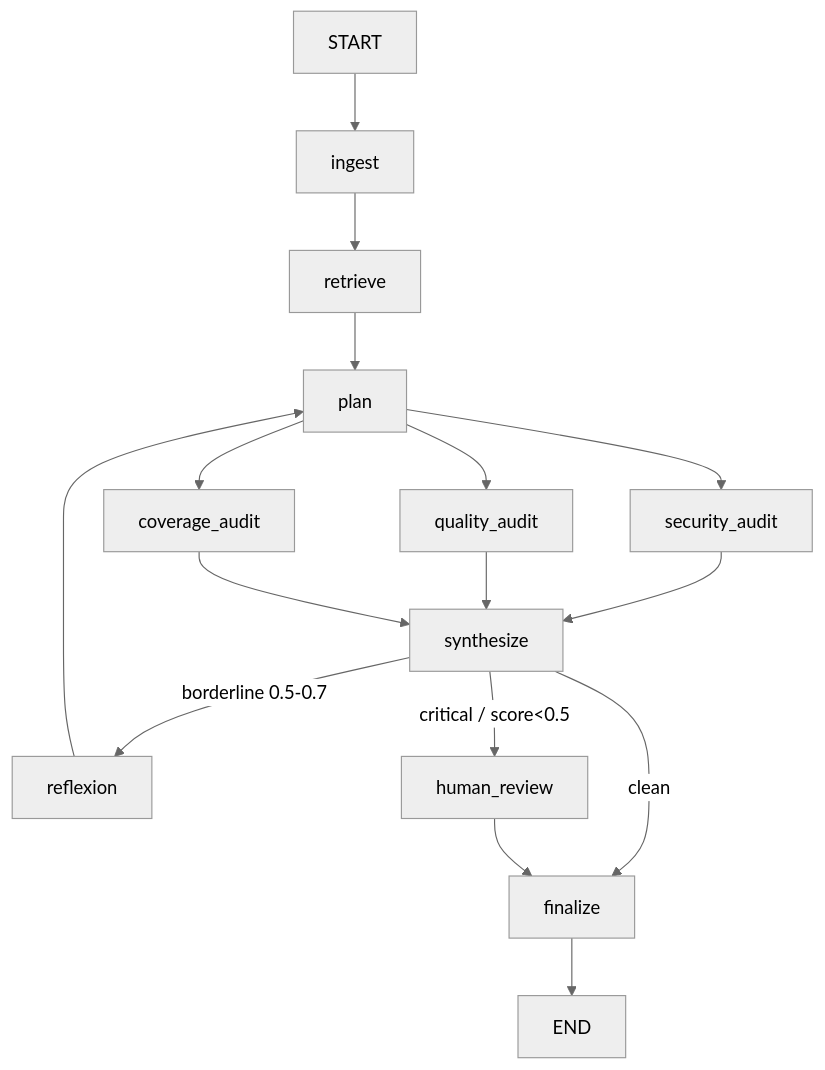
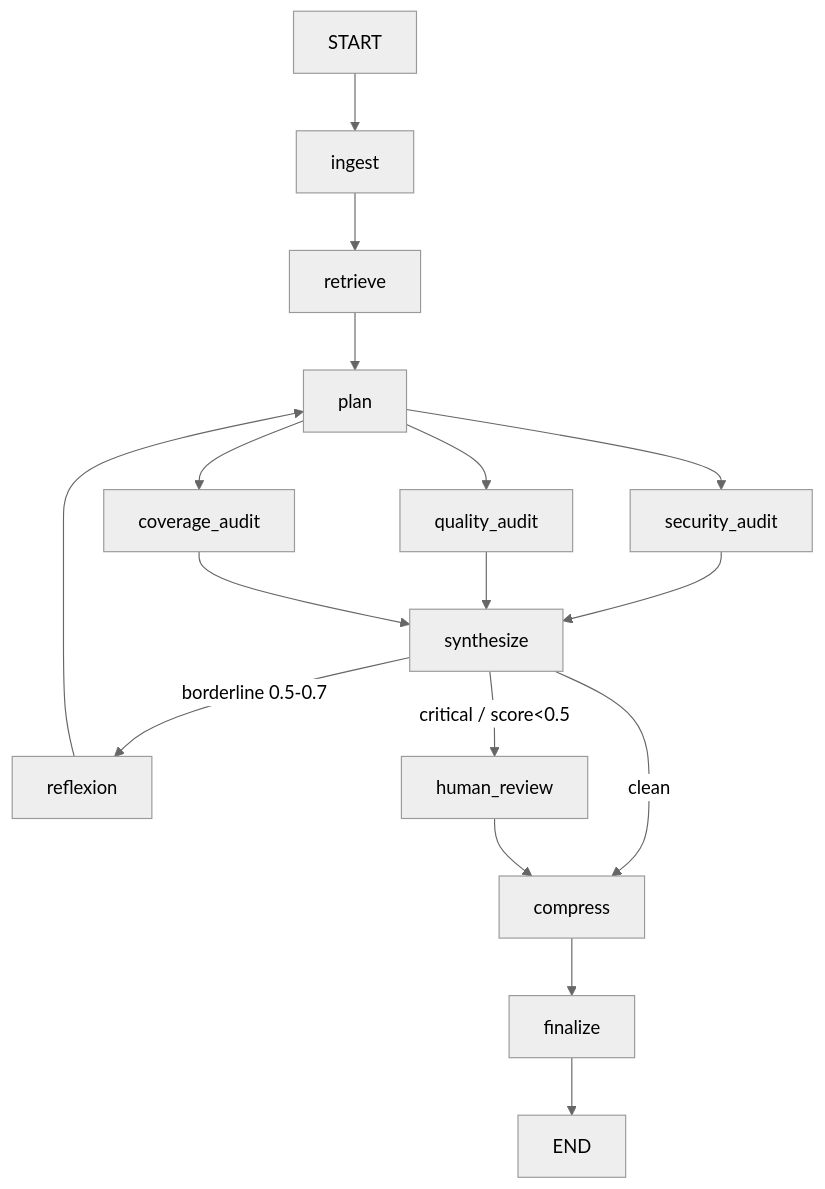
One commit to vivianjeet/langgraph-pr-audit-agent changed the diagram in README.md. Above: the diagram before and after it, drawn with Mermaid (neutral theme). The commit also changed other lines of this file and 13 other files, not shown here.

First line of the commit message:
feat: in-graph compression node + --large pre-merge gate with CI

````diff
--- a/README.md
+++ b/README.md
@@ -24,18 +24,19 @@
 ```mermaid
 graph TD
     START --> ingest
     ingest --> retrieve
     retrieve --> plan
     plan --> security_audit
     plan --> quality_audit
     plan --> coverage_audit
     security_audit --> synthesize
     quality_audit --> synthesize
     coverage_audit --> synthesize
     synthesize -->|borderline 0.5-0.7| reflexion
     synthesize -->|critical / score<0.5| human_review
-    synthesize -->|clean| finalize
+    synthesize -->|clean| compress
     reflexion --> plan
-    human_review --> finalize
+    human_review --> compress
+    compress --> finalize
     finalize --> END
 ```
````
